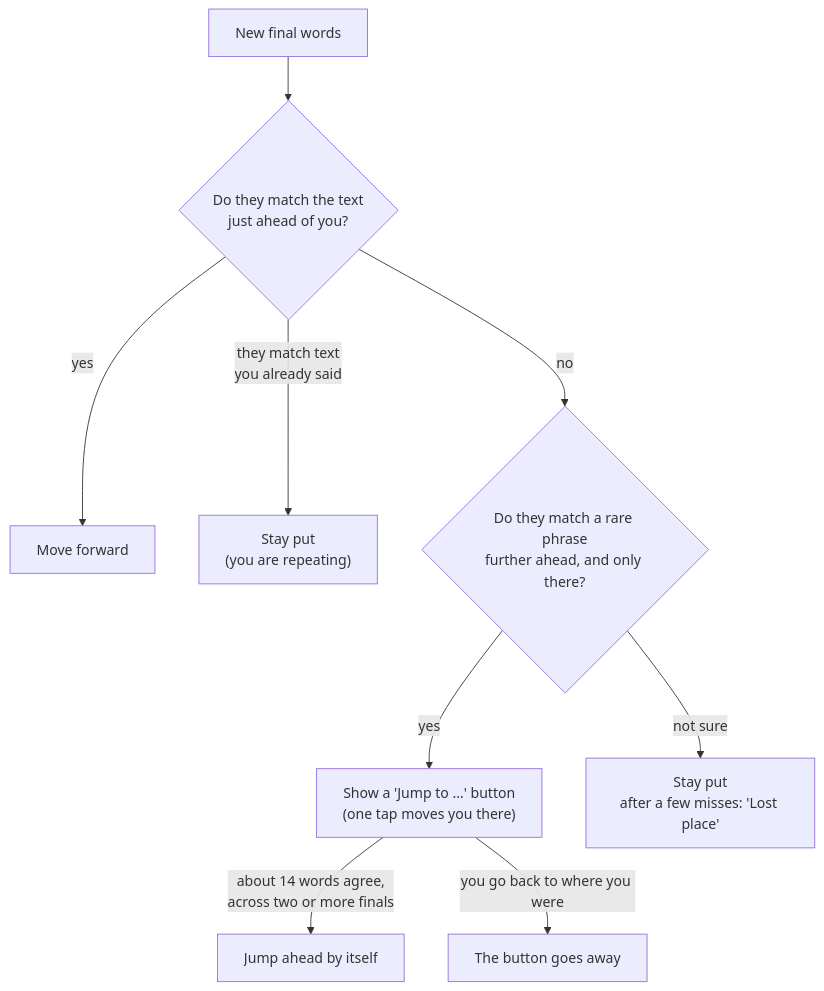
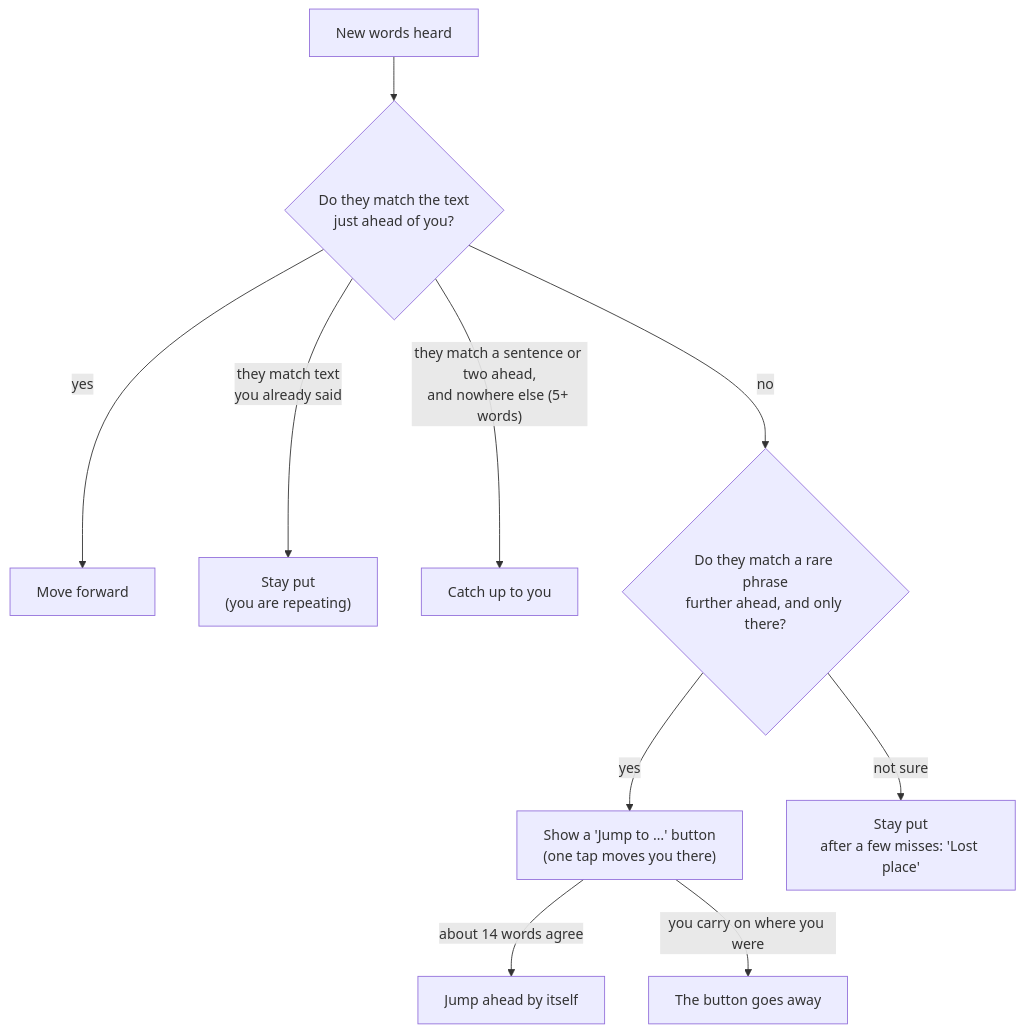
The fourth of 4 diagrams in README.md (rimorin/tk_teleprompter), drawn with Mermaid before and after one commit. The commit also changed other lines of this file and 7 other files, not shown here.

````diff
--- a/README.md
+++ b/README.md
@@ -337,11 +354,12 @@
 ```mermaid
 flowchart TD
-    heard["New final words"] --> near{"Do they match the text<br/>just ahead of you?"}
+    heard["New words heard"] --> near{"Do they match the text<br/>just ahead of you?"}
     near -- "yes" --> move["Move forward"]
     near -- "they match text<br/>you already said" --> hold["Stay put<br/>(you are repeating)"]
+    near -- "they match a sentence or two ahead,<br/>and nowhere else (5+ words)" --> skip["Catch up to you"]
     near -- "no" --> far{"Do they match a rare phrase<br/>further ahead, and only there?"}
     far -- "yes" --> offer["Show a 'Jump to …' button<br/>(one tap moves you there)"]
-    offer -- "about 14 words agree,<br/>across two or more finals" --> jump["Jump ahead by itself"]
-    offer -- "you go back to where you were" --> gone["The button goes away"]
+    offer -- "about 14 words agree" --> jump["Jump ahead by itself"]
+    offer -- "you carry on where you were" --> gone["The button goes away"]
     far -- "not sure" --> wait["Stay put<br/>after a few misses: 'Lost place'"]
 ```
````
